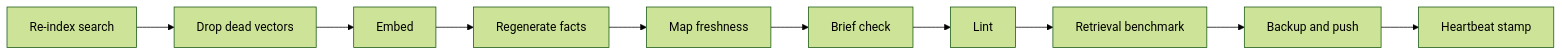
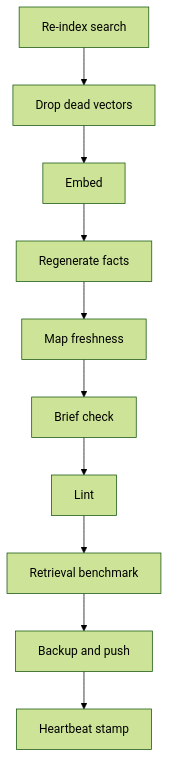
One commit to DadyByte/ai-workflows changed the second of 2 diagrams in workflows/05-gate-and-audits.md. Above: the diagram before and after it, drawn with Mermaid (forest theme). The commit also changed 1 other file, not shown here.

Commit message:
Draw the wide diagrams top-down
GitHub's zoom controls covered the last box of the left-to-right
diagrams.

````diff
--- a/workflows/05-gate-and-audits.md
+++ b/workflows/05-gate-and-audits.md
@@ -36,12 +36,12 @@
 ```mermaid
-flowchart LR
+flowchart TD
     A[Re-index search] --> B[Drop dead vectors]
     B --> C[Embed]
     C --> D[Regenerate facts]
     D --> E[Map freshness]
     E --> F[Brief check]
     F --> G[Lint]
     G --> H[Retrieval benchmark]
     H --> I[Backup and push]
     I --> J[Heartbeat stamp]
 ```
````
